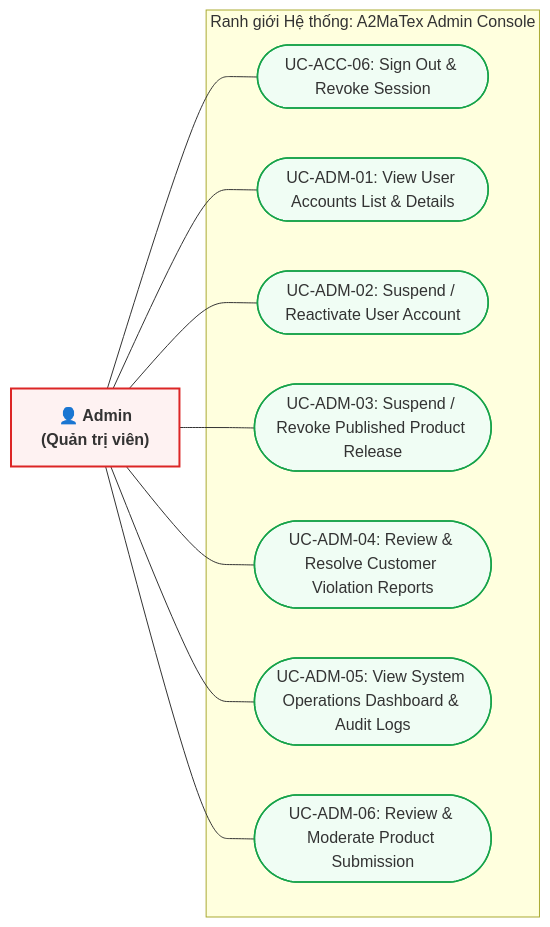
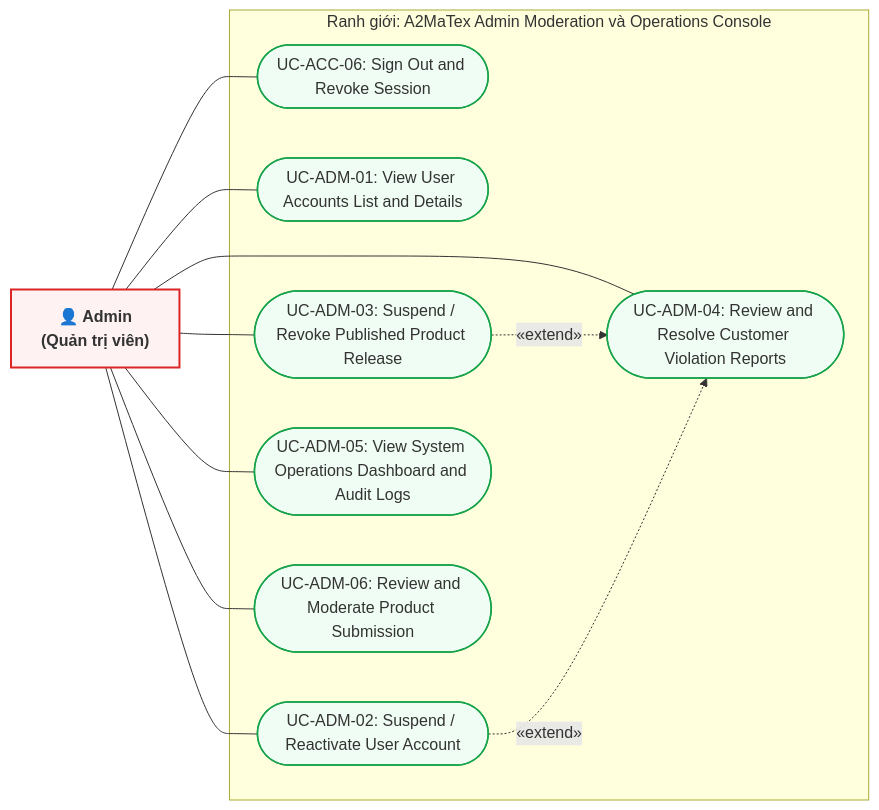
One commit to A2MaTex/a2matex-khuyentv-share changed the fifth of 5 diagrams in A2MATEX_USE_CASE_ASSIGNMENT.md. Above: the diagram before and after it, drawn with Mermaid. The commit also changed other lines of this file and 1 other file, not shown here.

````diff
--- a/A2MATEX_USE_CASE_ASSIGNMENT.md
+++ b/A2MATEX_USE_CASE_ASSIGNMENT.md
@@ -241,25 +322,29 @@
 ```mermaid
 flowchart LR
     classDef actor fill:#fef2f2,stroke:#dc2626,stroke-width:2px,font-weight:bold;
     classDef usecase fill:#f0fdf4,stroke:#16a34a,stroke-width:1.5px;
 
     Admin["👤 Admin<br>(Quản trị viên)"]:::actor
 
-    subgraph Boundary_Admin["Ranh giới Hệ thống: A2MaTex Admin Console"]
-        UC_ACC_06(["UC-ACC-06: Sign Out & Revoke Session"]):::usecase
-        UC_ADM_01(["UC-ADM-01: View User Accounts List & Details"]):::usecase
+    subgraph Boundary_Admin["Ranh giới: A2MaTex Admin Moderation và Operations Console"]
+        UC_ACC_06(["UC-ACC-06: Sign Out and Revoke Session"]):::usecase
+        UC_ADM_01(["UC-ADM-01: View User Accounts List and Details"]):::usecase
         UC_ADM_02(["UC-ADM-02: Suspend / Reactivate User Account"]):::usecase
         UC_ADM_03(["UC-ADM-03: Suspend / Revoke Published Product Release"]):::usecase
-        UC_ADM_04(["UC-ADM-04: Review & Resolve Customer Violation Reports"]):::usecase
-        UC_ADM_05(["UC-ADM-05: View System Operations Dashboard & Audit Logs"]):::usecase
-        UC_ADM_06(["UC-ADM-06: Review & Moderate Product Submission"]):::usecase
+        UC_ADM_04(["UC-ADM-04: Review and Resolve Customer Violation Reports"]):::usecase
+        UC_ADM_05(["UC-ADM-05: View System Operations Dashboard and Audit Logs"]):::usecase
+        UC_ADM_06(["UC-ADM-06: Review and Moderate Product Submission"]):::usecase
     end
 
     Admin --- UC_ACC_06
     Admin --- UC_ADM_01
     Admin --- UC_ADM_02
     Admin --- UC_ADM_03
     Admin --- UC_ADM_04
     Admin --- UC_ADM_05
     Admin --- UC_ADM_06
+
+    %% Relationships
+    UC_ADM_03 -.->|«extend»| UC_ADM_04
+    UC_ADM_02 -.->|«extend»| UC_ADM_04
 ```
````
